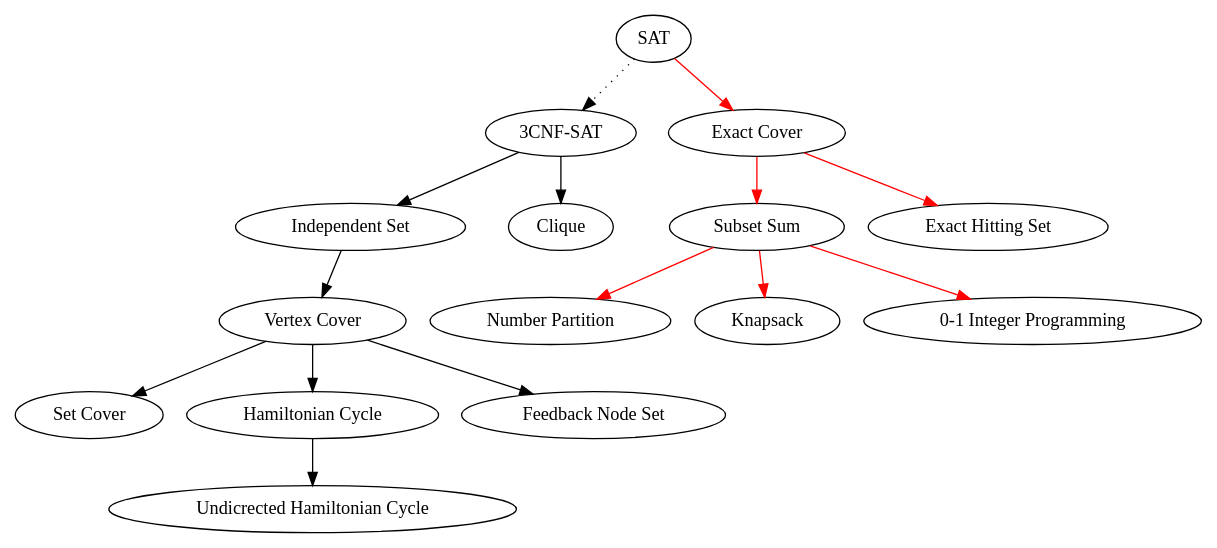
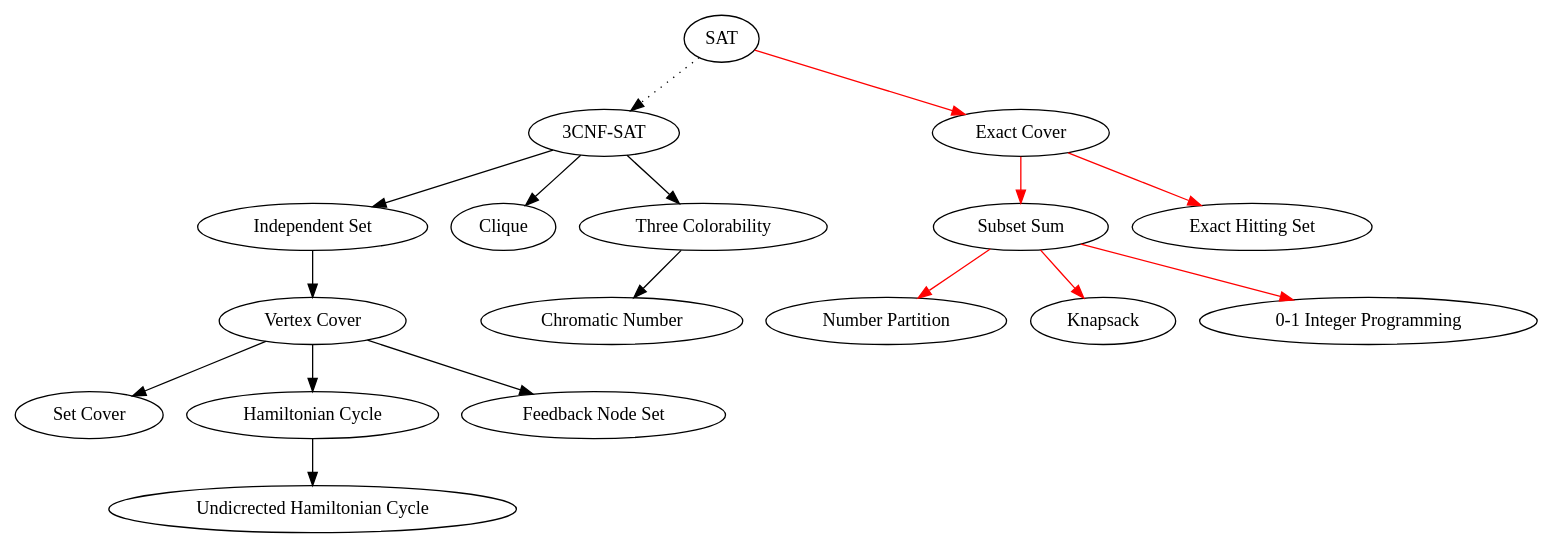
Before and after one commit to AlexiosFan/BA_NP_Reduction: the diagram in poly-reductions/doc/reductions.dot, drawn with Graphviz. The commit also changed 22 other files, not shown here.

```diff
--- a/poly-reductions/doc/reductions.dot
+++ b/poly-reductions/doc/reductions.dot
@@ -1,27 +1,30 @@
 digraph reductions {
 cnf_sat [label="3CNF-SAT"];
 is [label="Independent Set"];
 vc [label="Vertex Cover"];
 sc [label="Set Cover"];
 clique [label="Clique"];
 hc [label="Hamiltonian Cycle"];
 uhc [label="Undicrected Hamiltonian Cycle"];
 fns [label="Feedback Node Set"];
+tc [label="Three Colorability"];
+chrn [label="Chromatic Number"];
 sat [label="SAT"];
 xc [label="Exact Cover"];
 ss [label="Subset Sum"];
 part [label="Number Partition"];
 ks [label="Knapsack"];
 ip [label="0-1 Integer Programming"];
 hs [label="Exact Hitting Set"];
 cnf_sat -> is -> vc -> sc;
 cnf_sat -> clique;
 hc -> uhc;
 vc -> fns;
 vc -> hc;
+cnf_sat -> tc -> chrn;
 sat -> cnf_sat [style=dotted];
 sat -> xc -> ss -> part [color=red];
 ss -> ks [color=red];
 ss -> ip [color=red];
 xc -> hs [color=red];
 }
```
